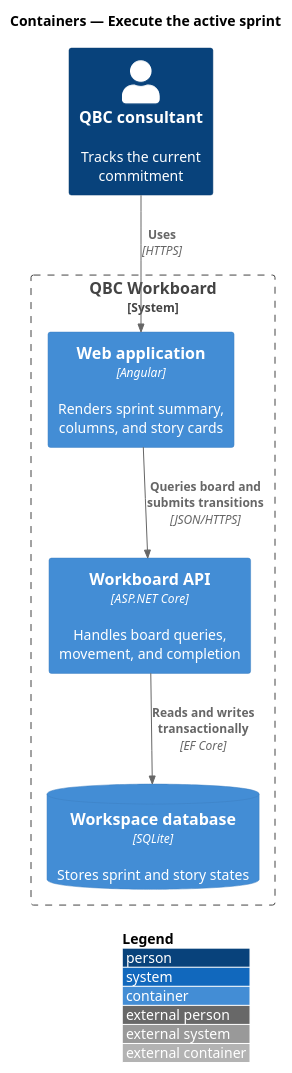
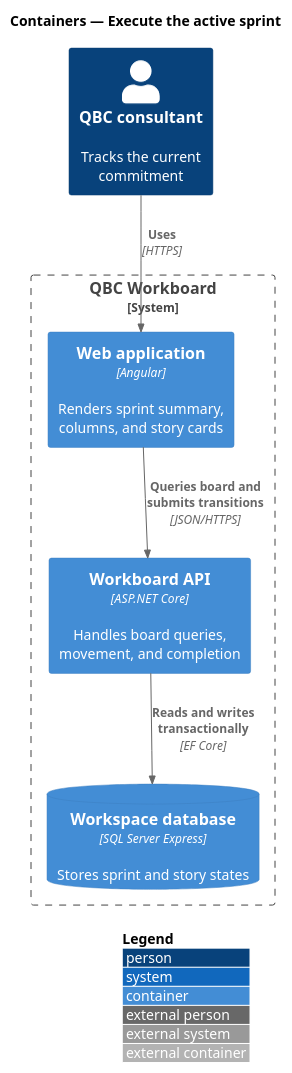
One commit to QuinntyneBrown/quinntyne-brown-consulting changed the diagram in docs/detailed-designs/delivery/execute-active-sprint/diagrams/c4-container.puml. Above: the diagram before and after it, drawn with PlantUML. The commit also changed 60 other files, not shown here.

```diff
--- a/docs/detailed-designs/delivery/execute-active-sprint/diagrams/c4-container.puml
+++ b/docs/detailed-designs/delivery/execute-active-sprint/diagrams/c4-container.puml
@@ -1,16 +1,16 @@
 @startuml
 !include <C4/C4_Container>
 LAYOUT_WITH_LEGEND()
 title Containers — Execute the active sprint
 
 Person(consultant, "QBC consultant", "Tracks the current commitment")
 System_Boundary(workboard, "QBC Workboard") {
   Container(spa, "Web application", "Angular", "Renders sprint summary, columns, and story cards")
   Container(api, "Workboard API", "ASP.NET Core", "Handles board queries, movement, and completion")
-  ContainerDb(db, "Workspace database", "SQLite", "Stores sprint and story states")
+  ContainerDb(db, "Workspace database", "SQL Server Express", "Stores sprint and story states")
 }
 
 Rel(consultant, spa, "Uses", "HTTPS")
 Rel(spa, api, "Queries board and submits transitions", "JSON/HTTPS")
 Rel(api, db, "Reads and writes transactionally", "EF Core")
 @enduml
```
